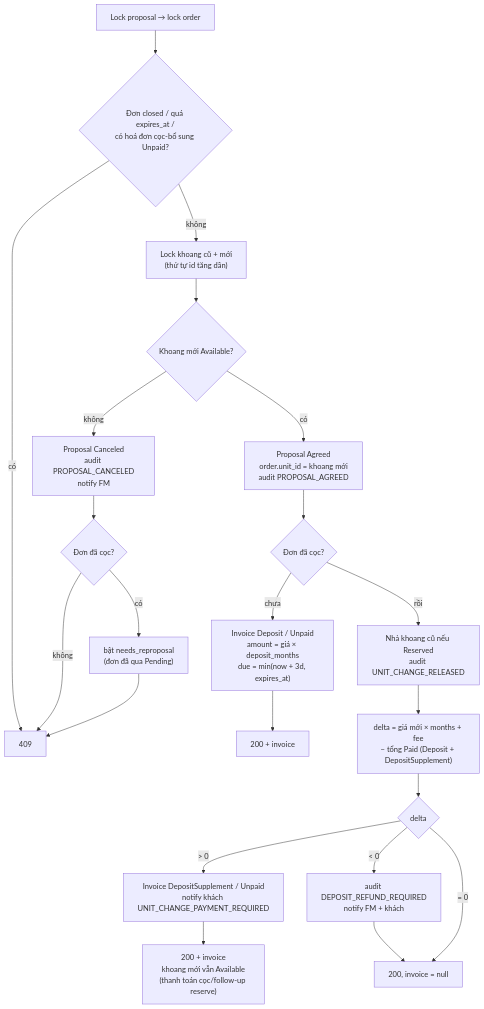
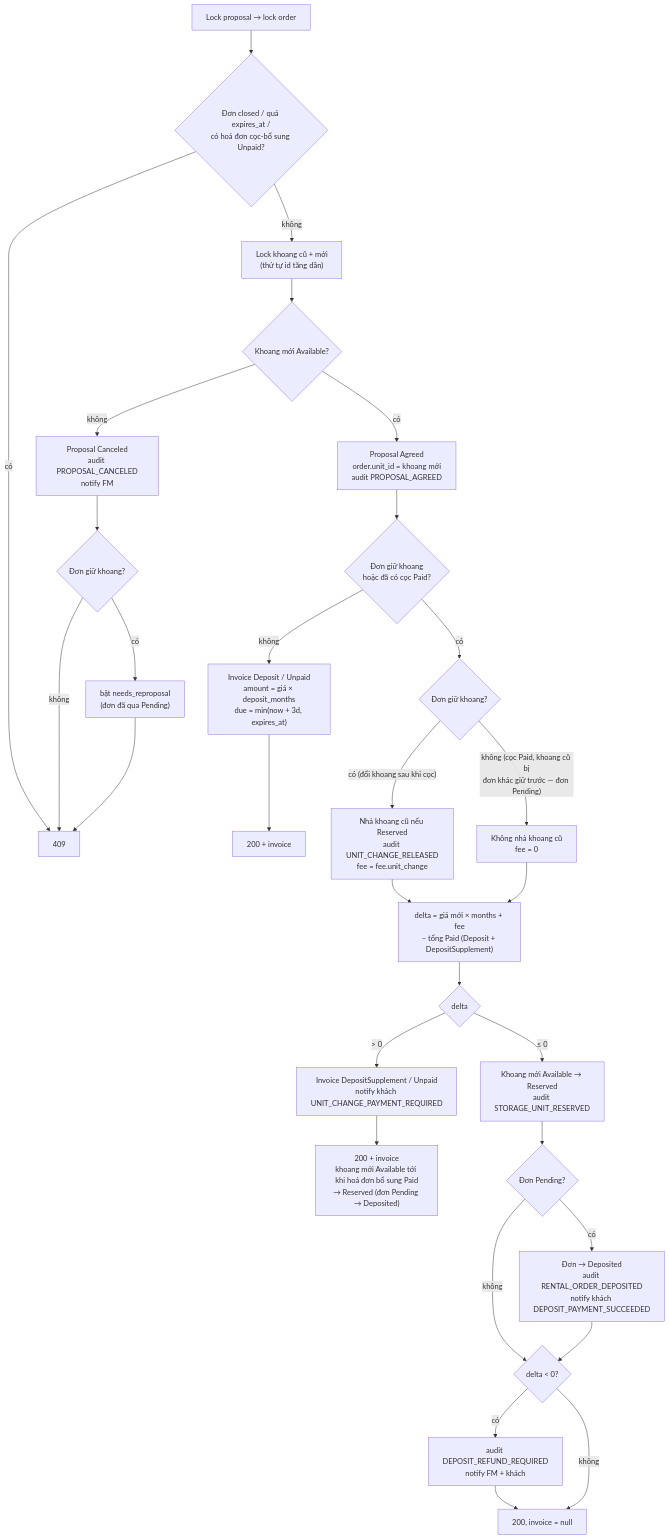
The first of 3 diagrams in backend/docs/booking/proposal-flow.md (BiBo364/self-storage), drawn with Mermaid before and after one commit. The commit also changed other lines of this file and 133 other files, not shown here.

````diff
--- a/backend/docs/booking/proposal-flow.md
+++ b/backend/docs/booking/proposal-flow.md
@@ -11,24 +11,32 @@
 ```mermaid
 flowchart TB
     A0["Lock proposal → lock order"] --> A1{"Đơn closed / quá expires_at /<br/>có hoá đơn cọc-bổ sung Unpaid?"}
     A1 -- có --> AX["409"]
     A1 -- không --> A2["Lock khoang cũ + mới<br/>(thứ tự id tăng dần)"]
     A2 --> A3{"Khoang mới Available?"}
     A3 -- không --> A4["Proposal Canceled<br/>audit PROPOSAL_CANCELED<br/>notify FM"]
-    A4 --> A4H{"Đơn đã cọc?"}
+    A4 --> A4H{"Đơn giữ khoang?"}
     A4H -- có --> A4F["bật needs_reproposal<br/>(đơn đã qua Pending)"]
     A4H -- không --> AX
     A4F --> AX
     A3 -- có --> A5["Proposal Agreed<br/>order.unit_id = khoang mới<br/>audit PROPOSAL_AGREED"]
-    A5 --> A6{"Đơn đã cọc?"}
-    A6 -- chưa --> A7["Invoice Deposit / Unpaid<br/>amount = giá × deposit_months<br/>due = min(now + 3d, expires_at)"]
+    A5 --> A6{"Đơn giữ khoang<br/>hoặc đã có cọc Paid?"}
+    A6 -- không --> A7["Invoice Deposit / Unpaid<br/>amount = giá × deposit_months<br/>due = min(now + 3d, expires_at)"]
     A7 --> A8["200 + invoice"]
-    A6 -- rồi --> A9["Nhả khoang cũ nếu Reserved<br/>audit UNIT_CHANGE_RELEASED"]
+    A6 -- có --> A6H{"Đơn giữ khoang?"}
+    A6H -- "có (đổi khoang sau khi cọc)" --> A9["Nhả khoang cũ nếu Reserved<br/>audit UNIT_CHANGE_RELEASED<br/>fee = fee.unit_change"]
+    A6H -- "không (cọc Paid, khoang cũ bị<br/>đơn khác giữ trước — đơn Pending)" --> A9P["Không nhả khoang cũ<br/>fee = 0"]
     A9 --> A10["delta = giá mới × months + fee<br/>− tổng Paid (Deposit + DepositSupplement)"]
+    A9P --> A10
     A10 --> A11{"delta"}
     A11 -- "> 0" --> A12["Invoice DepositSupplement / Unpaid<br/>notify khách UNIT_CHANGE_PAYMENT_REQUIRED"]
-    A12 --> A13["200 + invoice<br/>khoang mới vẫn Available<br/>(thanh toán cọc/follow-up reserve)"]
-    A11 -- "< 0" --> A14["audit DEPOSIT_REFUND_REQUIRED<br/>notify FM + khách"]
+    A12 --> A13["200 + invoice<br/>khoang mới Available tới khi hoá đơn bổ sung Paid<br/>→ Reserved (đơn Pending → Deposited)"]
+    A11 -- "≤ 0" --> A16["Khoang mới Available → Reserved<br/>audit STORAGE_UNIT_RESERVED"]
+    A16 --> A16P{"Đơn Pending?"}
+    A16P -- có --> A16D["Đơn → Deposited<br/>audit RENTAL_ORDER_DEPOSITED<br/>notify khách DEPOSIT_PAYMENT_SUCCEEDED"]
+    A16P -- không --> A17{"delta < 0?"}
+    A16D --> A17
+    A17 -- có --> A14["audit DEPOSIT_REFUND_REQUIRED<br/>notify FM + khách"]
     A14 --> A15["200, invoice = null"]
-    A11 -- "= 0" --> A15
+    A17 -- không --> A15
 ```
````
